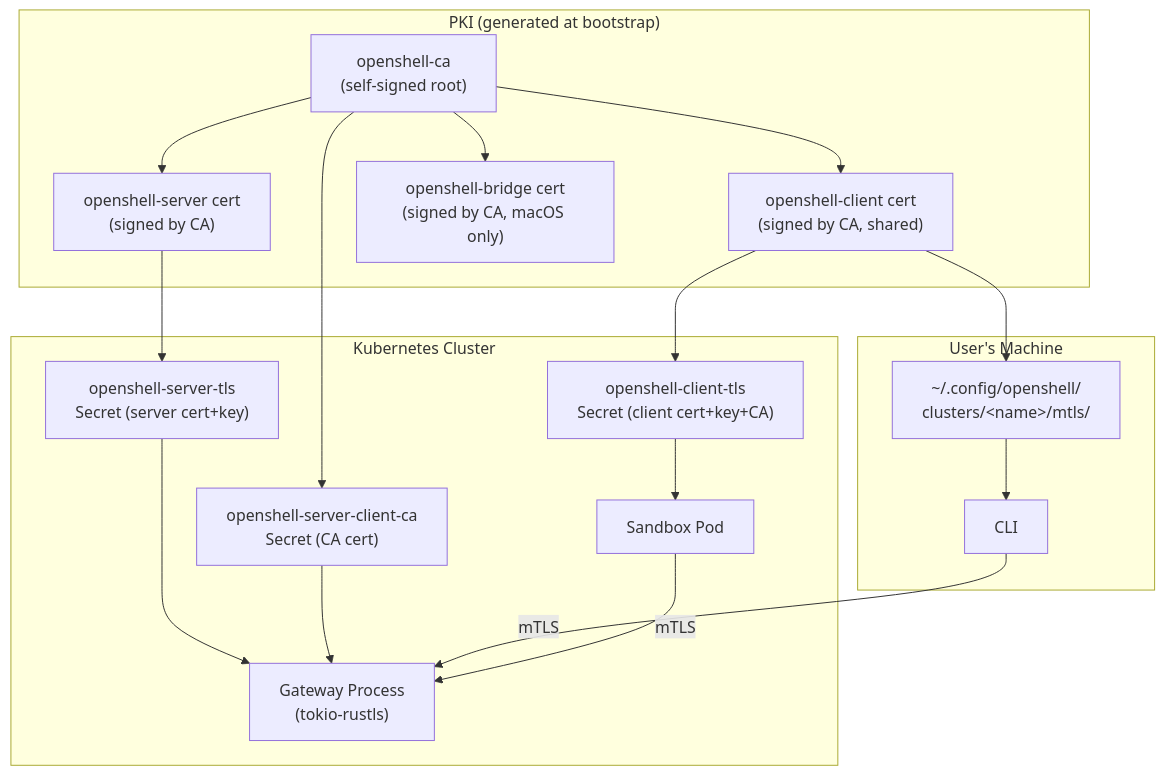
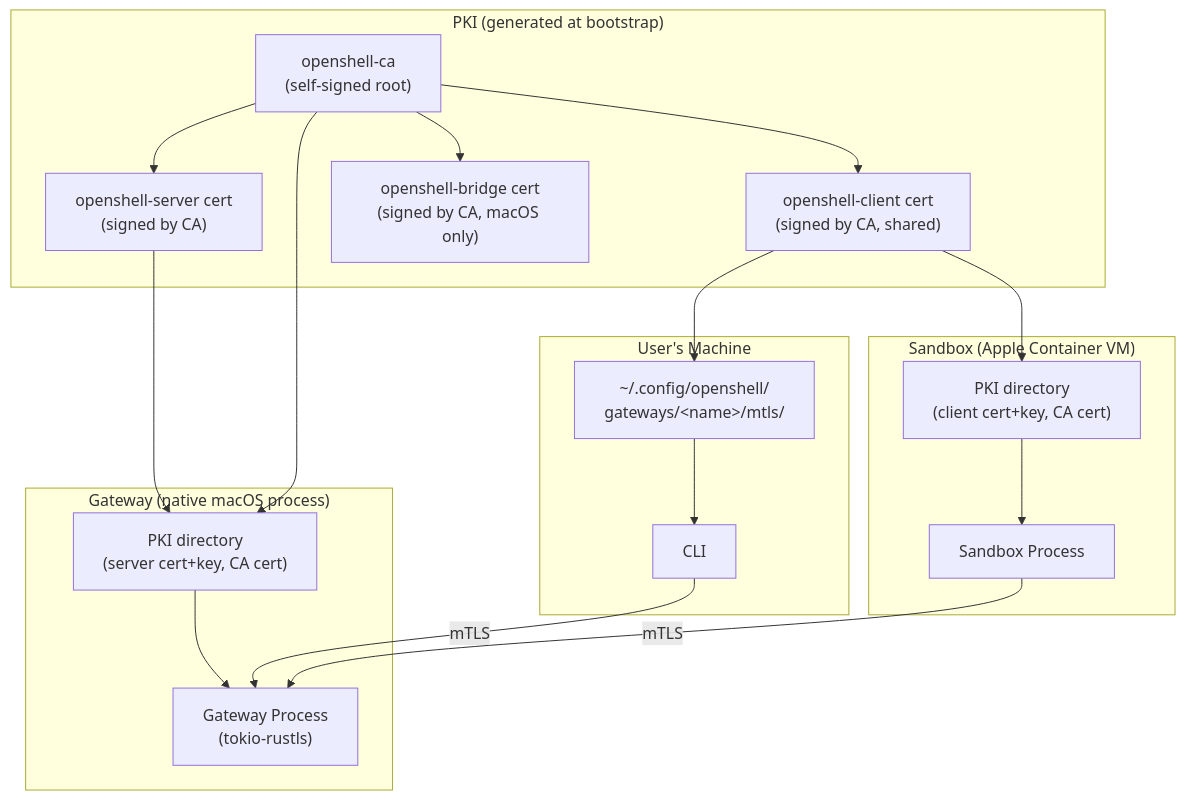
Before and after one commit to persimmon16/OpenShell: the first of 3 diagrams in architecture/gateway-security.md, drawn with Mermaid. The commit also changed other lines of this file and 98 other files, not shown here.

First line of the commit message:
refactor: remove Docker/k3s/Kubernetes, macOS-only with Apple Container

````diff
--- a/architecture/gateway-security.md
+++ b/architecture/gateway-security.md
@@ -13,38 +13,39 @@
 ```mermaid
 graph TD
     subgraph PKI["PKI (generated at bootstrap)"]
         CA["openshell-ca<br/>(self-signed root)"]
         SERVER_CERT["openshell-server cert<br/>(signed by CA)"]
         CLIENT_CERT["openshell-client cert<br/>(signed by CA, shared)"]
         BRIDGE_CERT["openshell-bridge cert<br/>(signed by CA, macOS only)"]
         CA --> SERVER_CERT
         CA --> CLIENT_CERT
         CA --> BRIDGE_CERT
     end
 
-    subgraph CLUSTER["Kubernetes Cluster"]
-        S1["openshell-server-tls<br/>Secret (server cert+key)"]
-        S2["openshell-server-client-ca<br/>Secret (CA cert)"]
-        S3["openshell-client-tls<br/>Secret (client cert+key+CA)"]
+    subgraph GATEWAY["Gateway (native macOS process)"]
+        TLS_DIR_GW["PKI directory<br/>(server cert+key, CA cert)"]
         GW["Gateway Process<br/>(tokio-rustls)"]
-        SBX["Sandbox Pod"]
+    end
+
+    subgraph SANDBOX["Sandbox (Apple Container VM)"]
+        TLS_DIR_SBX["PKI directory<br/>(client cert+key, CA cert)"]
+        SBX["Sandbox Process"]
     end
 
     subgraph HOST["User's Machine"]
         CLI["CLI"]
-        MTLS_DIR["~/.config/openshell/<br/>clusters/&lt;name&gt;/mtls/"]
+        MTLS_DIR["~/.config/openshell/<br/>gateways/&lt;name&gt;/mtls/"]
     end
 
-    SERVER_CERT --> S1
-    CA --> S2
-    CLIENT_CERT --> S3
+    SERVER_CERT --> TLS_DIR_GW
+    CA --> TLS_DIR_GW
+    CLIENT_CERT --> TLS_DIR_SBX
     CLIENT_CERT --> MTLS_DIR
 
-    S1 --> GW
-    S2 --> GW
-    S3 --> SBX
+    TLS_DIR_GW --> GW
+    TLS_DIR_SBX --> SBX
     MTLS_DIR --> CLI
 
     CLI -- "mTLS" --> GW
     SBX -- "mTLS" --> GW
 ```
````
